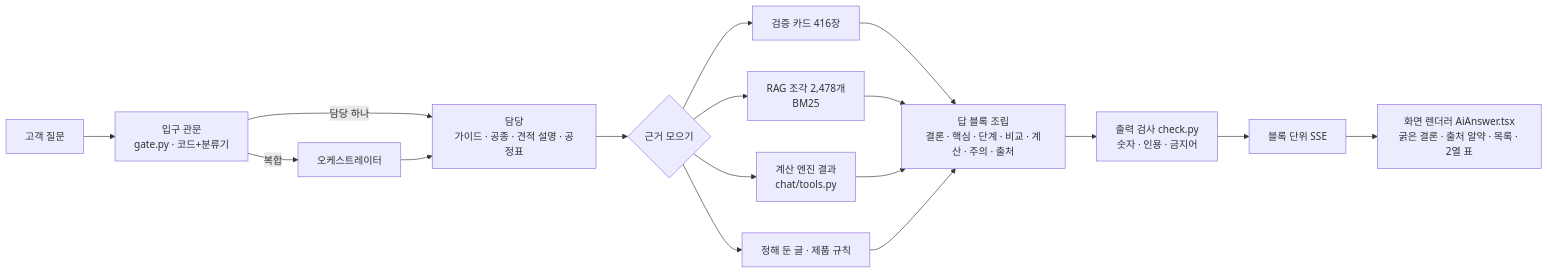
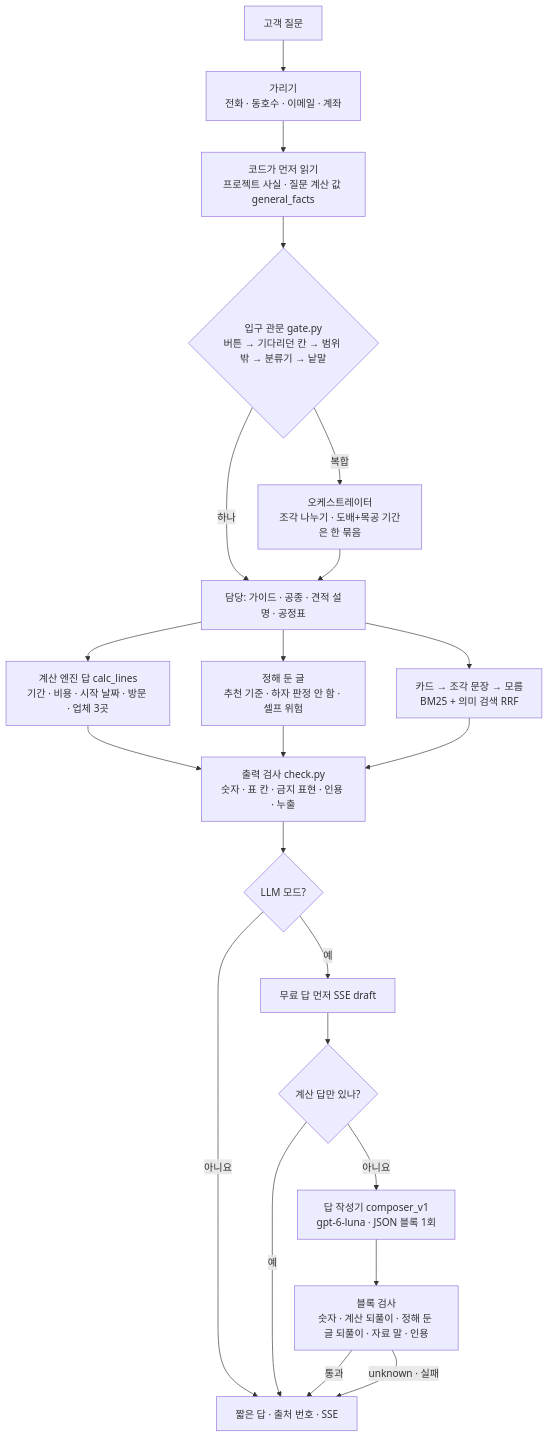
One commit to lsm15111/SKN34-FINAL-1TEAM changed the diagram in docs/v3/agent-answer-format.md. Above: the diagram before and after it, drawn with Mermaid. The commit also changed other lines of this file and 2 other files, not shown here.

Commit message:
docs: ChatGPT 핵심 질문 32개 답 기록 · AI 답 설계도 v2(계산 엔진 답 · 답 작성기)

````diff
--- a/docs/v3/agent-answer-format.md
+++ b/docs/v3/agent-answer-format.md
@@ -32,16 +19,22 @@
 ```mermaid
-flowchart LR
-  Q[고객 질문] --> G[입구 관문<br/>gate.py · 코드+분류기]
-  G -->|담당 하나| A[담당<br/>가이드 · 공종 · 견적 설명 · 공정표]
-  G -->|복합| O[오케스트레이터]
+flowchart TD
+  Q[고객 질문] --> M[가리기<br/>전화 · 동호수 · 이메일 · 계좌]
+  M --> F[코드가 먼저 읽기<br/>프로젝트 사실 · 질문 계산 값 general_facts]
+  F --> G{입구 관문 gate.py<br/>버튼 → 기다리던 칸 → 범위 밖 → 분류기 → 낱말}
+  G -->|하나| A[담당: 가이드 · 공종 · 견적 설명 · 공정표]
+  G -->|복합| O[오케스트레이터<br/>조각 나누기 · 도배+목공 기간은 한 묶음]
   O --> A
-  A --> E{근거 모으기}
-  E --> C1[검증 카드 416장]
-  E --> C2[RAG 조각 2,478개<br/>BM25]
-  E --> C3[계산 엔진 결과<br/>chat/tools.py]
-  E --> C4[정해 둔 글 · 제품 규칙]
-  C1 & C2 & C3 & C4 --> B[답 블록 조립<br/>결론 · 핵심 · 단계 · 비교 · 계산 · 주의 · 출처]
-  B --> K[출력 검사 check.py<br/>숫자 · 인용 · 금지어]
-  K --> S[블록 단위 SSE]
-  S --> R[화면 렌더러 AiAnswer.tsx<br/>굵은 결론 · 출처 알약 · 목록 · 2열 표]
+  A --> C1[계산 엔진 답 calc_lines<br/>기간 · 비용 · 시작 날짜 · 방문 · 업체 3곳]
+  A --> C2[정해 둔 글<br/>추천 기준 · 하자 판정 안 함 · 셀프 위험]
+  A --> C3[카드 → 조각 문장 → 모름<br/>BM25 + 의미 검색 RRF]
+  C1 & C2 & C3 --> K[출력 검사 check.py<br/>숫자 · 표 칸 · 금지 표현 · 인용 · 누출]
+  K --> MODE{LLM 모드?}
+  MODE -->|아니요| OUT[짧은 답 · 출처 번호 · SSE]
+  MODE -->|예| D[무료 답 먼저 SSE draft]
+  D --> W{계산 답만 있나?}
+  W -->|예| OUT
+  W -->|아니요| L[답 작성기 composer_v1<br/>gpt-6-luna · JSON 블록 1회]
+  L --> K2[블록 검사<br/>숫자 · 계산 되풀이 · 정해 둔 글 되풀이 · 자료 말 · 인용]
+  K2 -->|통과| OUT
+  K2 -->|unknown · 실패| OUT
 ```
````
